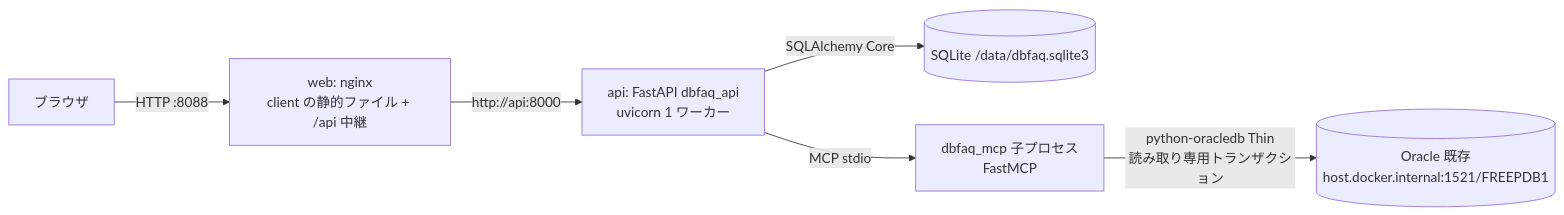
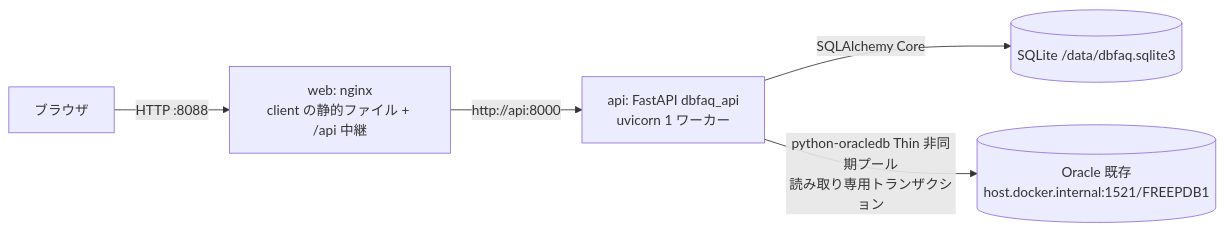
One commit to kagyuu/DbFAQ changed the diagram in docs/ArchitectureHandbook.md. Above: the diagram before and after it, drawn with Mermaid. The commit also changed other lines of this file and 147 other files, not shown here.

First line of the commit message:
CR-002(MCP の廃止と backend への統合)と CR-003(dbfaq_common の統合)

````diff
--- a/docs/ArchitectureHandbook.md
+++ b/docs/ArchitectureHandbook.md
@@ -13,8 +13,7 @@
 ```mermaid
 graph LR
   B[ブラウザ] -->|HTTP :8088| W[web: nginx<br/>client の静的ファイル + /api 中継]
   W -->|http://api:8000| A[api: FastAPI dbfaq_api<br/>uvicorn 1 ワーカー]
   A -->|SQLAlchemy Core| S[(SQLite /data/dbfaq.sqlite3)]
-  A -->|MCP stdio| M[dbfaq_mcp 子プロセス<br/>FastMCP]
-  M -->|python-oracledb Thin<br/>読み取り専用トランザクション| O[(Oracle 既存<br/>host.docker.internal:1521/FREEPDB1)]
+  A -->|python-oracledb Thin 非同期プール<br/>読み取り専用トランザクション| O[(Oracle 既存<br/>host.docker.internal:1521/FREEPDB1)]
 ```
````
